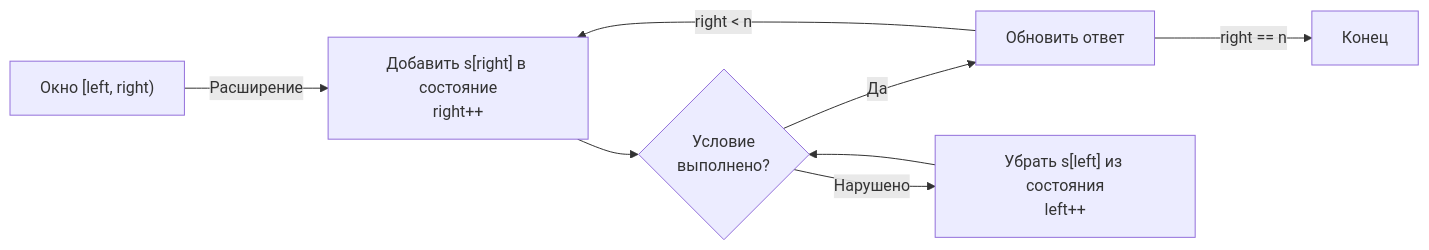
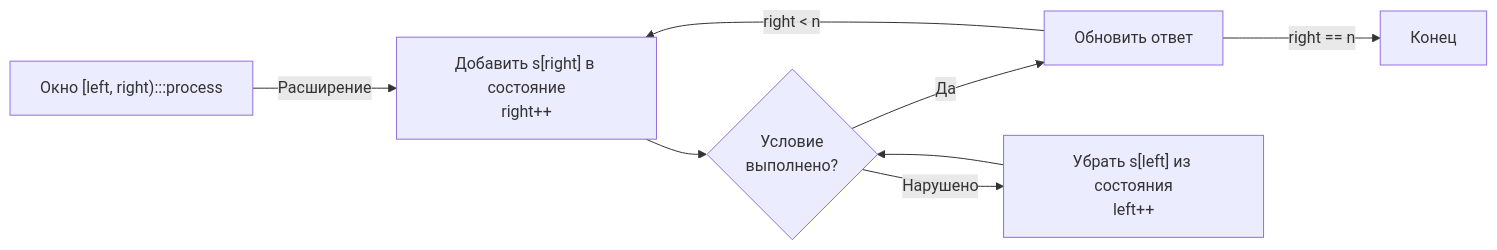
One commit to UnrealTemplier/go-textbook changed the diagram in sources/21. Задачи с LeetCode и собеседований на Go/02. Задачи/03. Скользящее окно/1. Теория. Скользящее окно.md. Above: the diagram before and after it, drawn with Mermaid. The commit also changed 1666 other files, not shown here.

First line of the commit message:
feat(mermaid): add semantic color classDef to 1369 colorless flowchart/graph diagrams

````diff
--- a/sources/21. Задачи с LeetCode и собеседований на Go/02. Задачи/03. Скользящее окно/1. Теория. Скользящее окно.md
+++ b/sources/21. Задачи с LeetCode и собеседований на Go/02. Задачи/03. Скользящее окно/1. Теория. Скользящее окно.md
@@ -31,10 +31,20 @@
 ```mermaid
 flowchart LR
-    Start["Окно [left, right)"] -->|"Расширение"| Add["Добавить s[right] в состояние<br>right++"]
+    classDef process  fill:#1e293b,stroke:#38bdf8,stroke-width:1px,color:#f8fafc
+    classDef success  fill:#064e3b,stroke:#34d399,stroke-width:1px,color:#f8fafc
+    classDef error    fill:#7f1d1d,stroke:#f87171,stroke-width:1px,color:#f8fafc
+    classDef warning  fill:#78350f,stroke:#fbbf24,stroke-width:1px,color:#f8fafc
+    classDef entry    fill:#1e3a5f,stroke:#38bdf8,stroke-width:2px,color:#f8fafc
+    classDef aux      fill:#334155,stroke:#64748b,stroke-width:1px,color:#f8fafc
+    classDef system   fill:#312e81,stroke:#a78bfa,stroke-width:1px,color:#f8fafc
+    classDef data     fill:#132d29,stroke:#2dd4bf,stroke-width:1px,color:#f8fafc
+    classDef network  fill:#881337,stroke:#fb7185,stroke-width:1px,color:#f8fafc
+    classDef accent   fill:#1e1b4b,stroke:#818cf8,stroke-width:1px,color:#f8fafc
+    Start["Окно [left, right):::process"] -->|"Расширение"| Add["Добавить s[right] в состояние<br>right++"]
     Add --> Check{"Условие<br>выполнено?"}
     Check -->|"Да"| Update["Обновить ответ"]
     Check -->|"Нарушено"| Shrink["Убрать s[left] из состояния<br>left++"]
     Shrink --> Check
     Update -->|"right < n"| Add
     Update -->|"right == n"| Done["Конец"]
 ```
````
